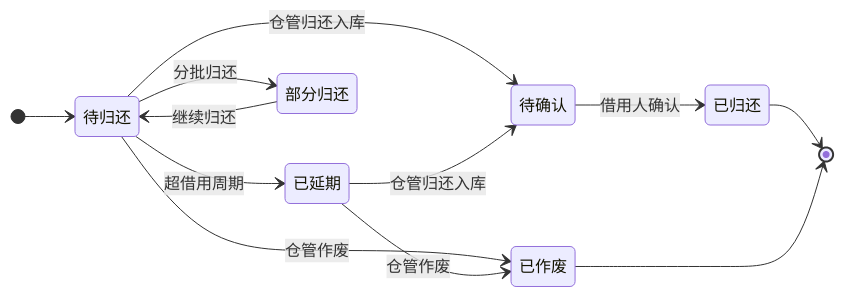
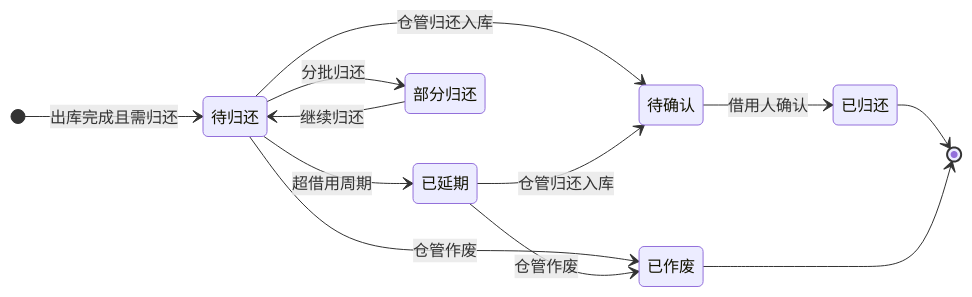
One commit to liaoliao66/wms changed diagram 15 of 33 in prototype/docs/prd.md. Above: the diagram before and after it, drawn with Mermaid. The commit also changed other lines of this file and 1 other file, not shown here.

````diff
--- a/prototype/docs/prd.md
+++ b/prototype/docs/prd.md
@@ -1005,15 +1086,15 @@
 ```mermaid
 stateDiagram-v2
     direction LR
-    [*] --> 待归还
+    [*] --> 待归还: 出库完成且需归还
     待归还 --> 已延期: 超借用周期
     待归还 --> 部分归还: 分批归还
     部分归还 --> 待归还: 继续归还
     待归还 --> 待确认: 仓管归还入库
     已延期 --> 待确认: 仓管归还入库
     待确认 --> 已归还: 借用人确认
     待归还 --> 已作废: 仓管作废
     已延期 --> 已作废: 仓管作废
     已归还 --> [*]
     已作废 --> [*]
 ```
````
